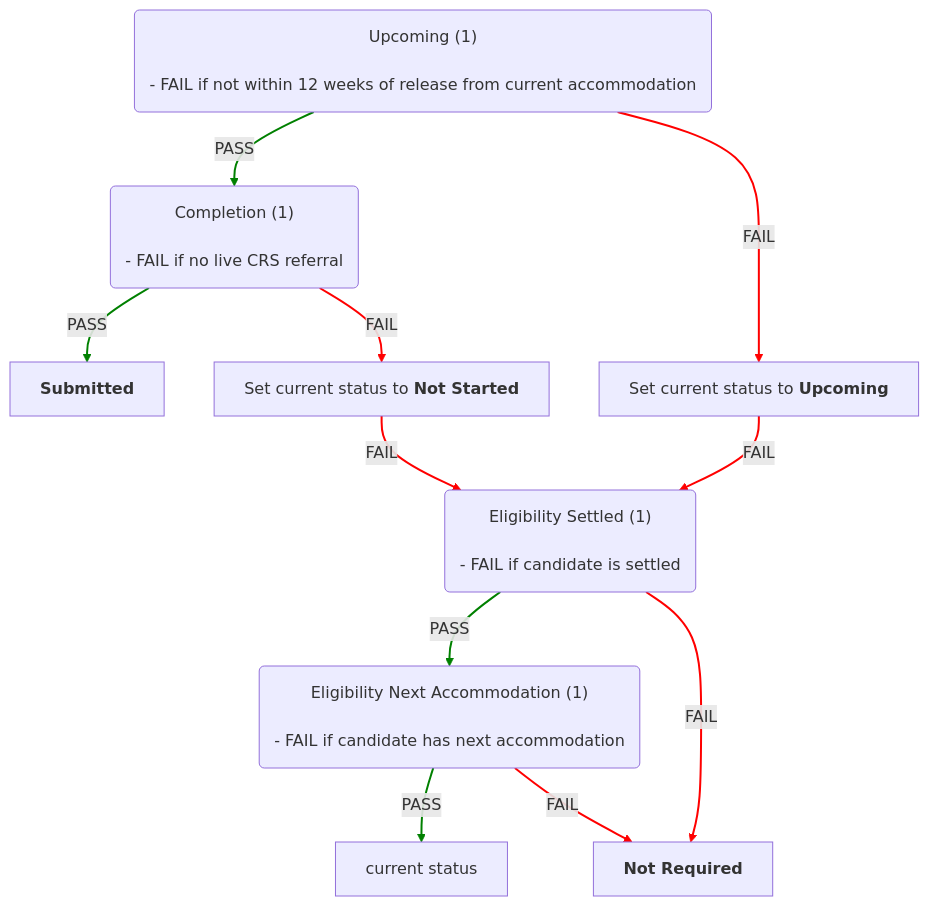
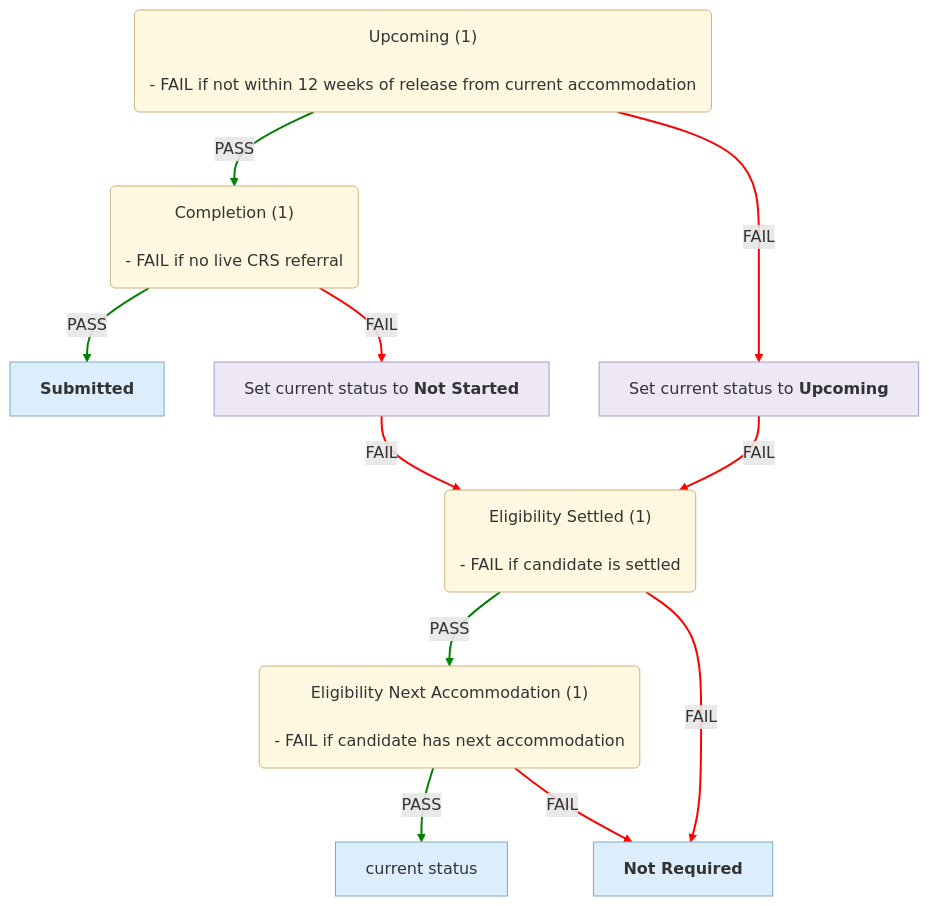
One commit to uk-gov-mirror/ministryofjustice.hmpps-single-accommodation-service-api changed the fourth of 6 diagrams in docs/eligibility-rules-graph.md. Above: the diagram before and after it, drawn with Mermaid. The commit also changed other lines of this file and 5 other files, not shown here.

Commit message:
chore/SAS-1532-Use-UI-statuses-in-graph-instead-of-enums

````diff
--- a/docs/eligibility-rules-graph.md
+++ b/docs/eligibility-rules-graph.md
@@ -439,33 +457,39 @@
 ```mermaid
 %%{init: {"flowchart": {"wrappingWidth": 800}}}%%
 flowchart TD
   Upcoming("Upcoming (1)
 
 - FAIL if not within 12 weeks of release from current accommodation")
   Completion("Completion (1)
 
 - FAIL if no live CRS referral")
   Submitted["<b>Submitted</b>"]
   updater_Set_current_status_to_Not_Started["Set current status to <b>Not Started</b>"]
   Eligibility_Settled("Eligibility Settled (1)
 
 - FAIL if candidate is settled")
   Eligibility_Next_Accommodation("Eligibility Next Accommodation (1)
 
 - FAIL if candidate has next accommodation")
   current_status["current status"]
   Not_Required["<b>Not Required</b>"]
   updater_Set_current_status_to_Upcoming["Set current status to <b>Upcoming</b>"]
   Completion -->|PASS| Submitted
   Completion -->|FAIL| updater_Set_current_status_to_Not_Started
   Eligibility_Next_Accommodation -->|PASS| current_status
   Eligibility_Next_Accommodation -->|FAIL| Not_Required
   Eligibility_Settled -->|PASS| Eligibility_Next_Accommodation
   Eligibility_Settled -->|FAIL| Not_Required
   updater_Set_current_status_to_Not_Started -->|FAIL| Eligibility_Settled
   Upcoming -->|PASS| Completion
   Upcoming -->|FAIL| updater_Set_current_status_to_Upcoming
   updater_Set_current_status_to_Upcoming -->|FAIL| Eligibility_Settled
   linkStyle 0,2,4,7 stroke:green,stroke-width:2px
   linkStyle 1,3,5,6,8,9 stroke:red,stroke-width:2px
+  classDef ruleSetNode fill:#FFF8E1,stroke:#C9B37E,color:#333
+  classDef outcomeNode fill:#DCEEFB,stroke:#7FA7C9,color:#333
+  classDef updaterNode fill:#EDE7F6,stroke:#A99BC9,color:#333
+  class Upcoming,Completion,Eligibility_Settled,Eligibility_Next_Accommodation ruleSetNode
+  class Submitted,current_status,Not_Required outcomeNode
+  class updater_Set_current_status_to_Not_Started,updater_Set_current_status_to_Upcoming updaterNode
 ```
````
